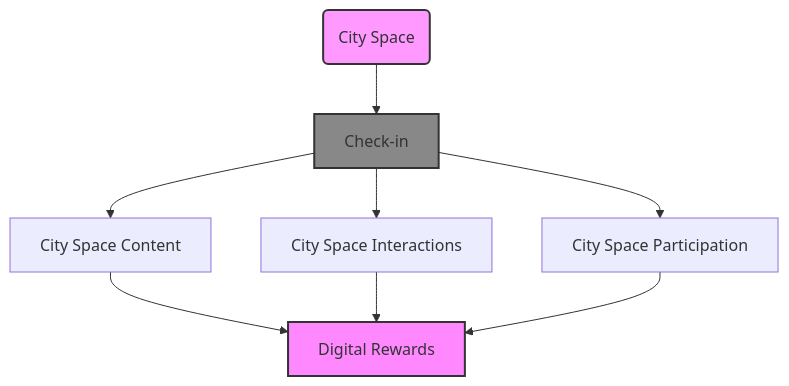
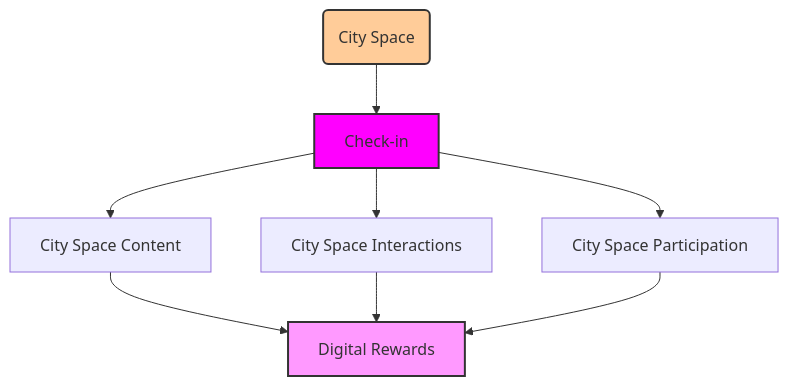
Before and after one commit to cityos-work/cityos-dev: the diagram in pages/elements/city-spaces.md, drawn with Mermaid.

````diff
--- a/pages/elements/city-spaces.md
+++ b/pages/elements/city-spaces.md
@@ -16,13 +16,13 @@
 ```mermaid
 graph TD;
     CS("City Space")-->CI["Check-in"];
     CI-->CSC["City Space Content"];
     CI-->CSI["City Space Interactions"];
     CI-->CSP["City Space Participation"];
     CSC-->DR["Digital Rewards"];
     CSI-->DR;
     CSP-->DR;
-    style CS fill:#f9f,stroke:#333,stroke-width:2px
-    style CI fill:#888,stroke:#333,stroke-width:2px
-    style DR fill:#f8f,stroke:#333,stroke-width:2px
+    style CS fill:#fc9,stroke:#333,stroke-width:2px
+    style CI fill:#f0f,stroke:#333,stroke-width:2px
+    style DR fill:#f9f,stroke:#333,stroke-width:2px
 ```
````
